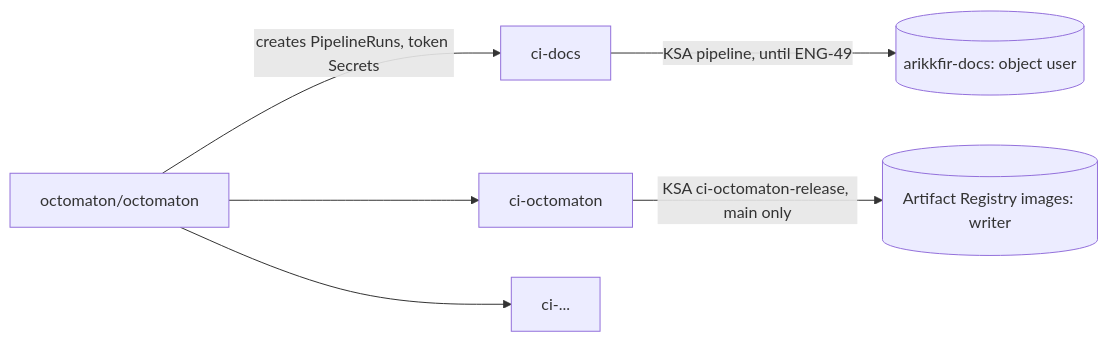
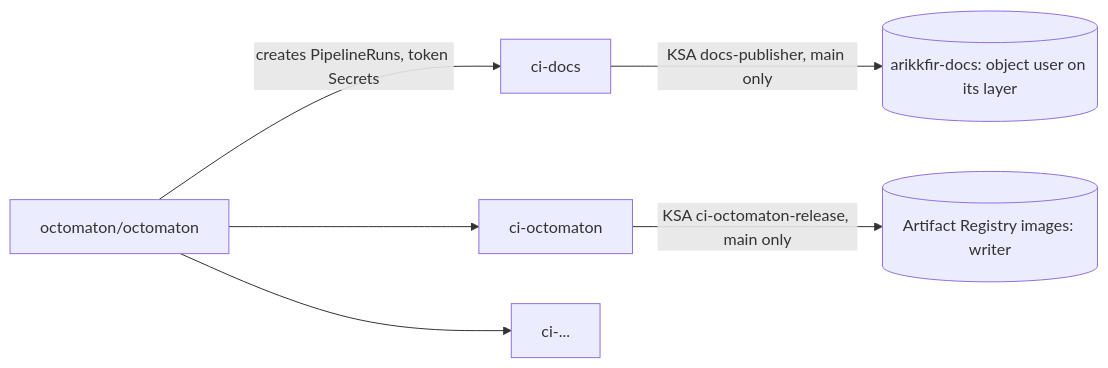
The second of 4 diagrams in hub/designs/phase-2-octomaton.md (arikkfir-org/docs), drawn with Mermaid before and after one commit. The commit also changed other lines of this file and 4 other files, not shown here.

````diff
--- a/hub/designs/phase-2-octomaton.md
+++ b/hub/designs/phase-2-octomaton.md
@@ -88,8 +88,8 @@
 ```mermaid
 flowchart LR
   SB[octomaton/octomaton] -- creates PipelineRuns, token Secrets --> NS1[ci-docs]
   SB --> NS2[ci-octomaton]
   SB --> NS3[ci-...]
-  NS1 -- KSA pipeline, until ENG-49 --> B1[(arikkfir-docs: object user)]
+  NS1 -- KSA docs-publisher, main only --> B1[(arikkfir-docs: object user on its layer)]
   NS2 -- KSA ci-octomaton-release, main only --> B2[(Artifact Registry images: writer)]
 ```
````
